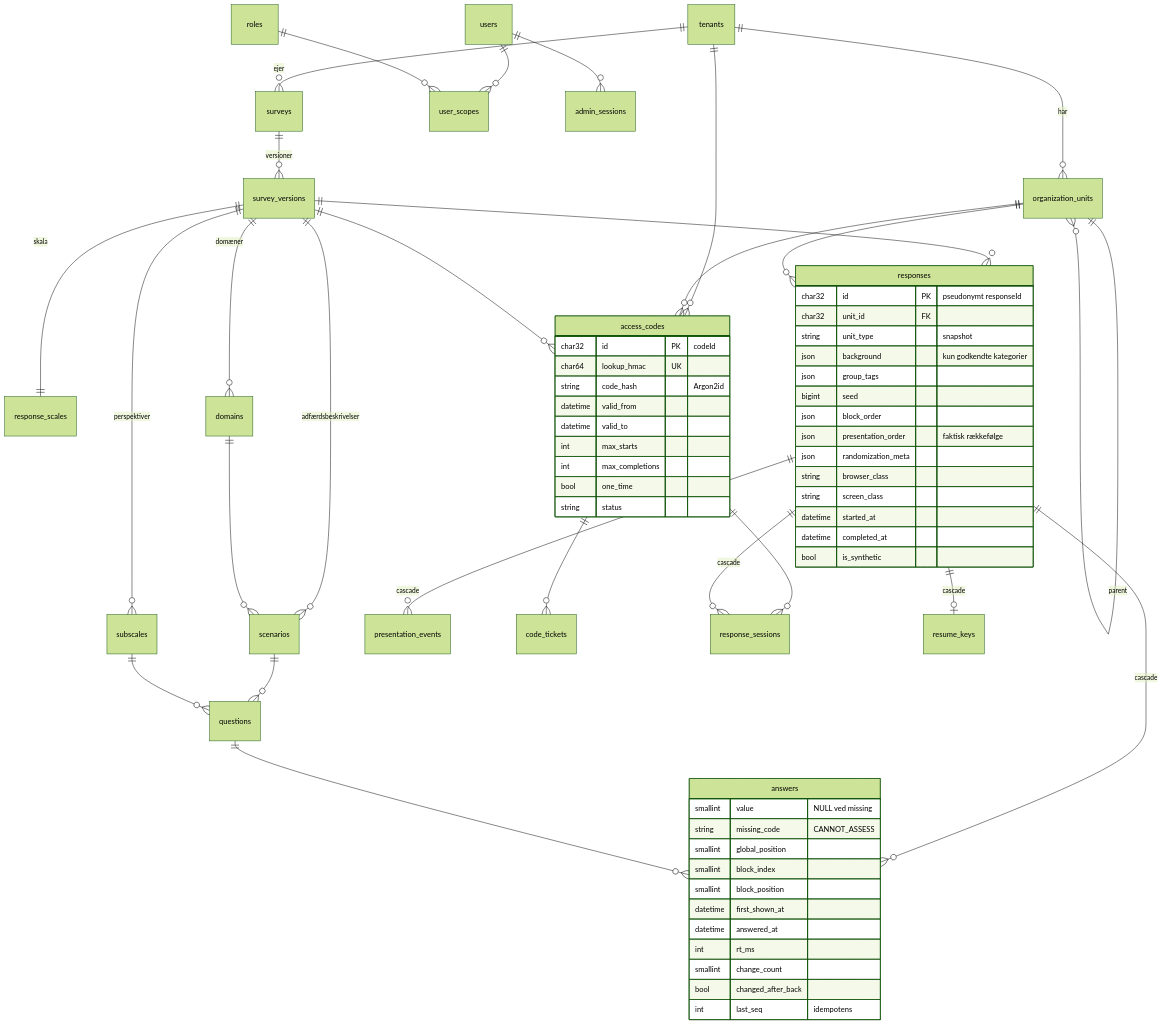
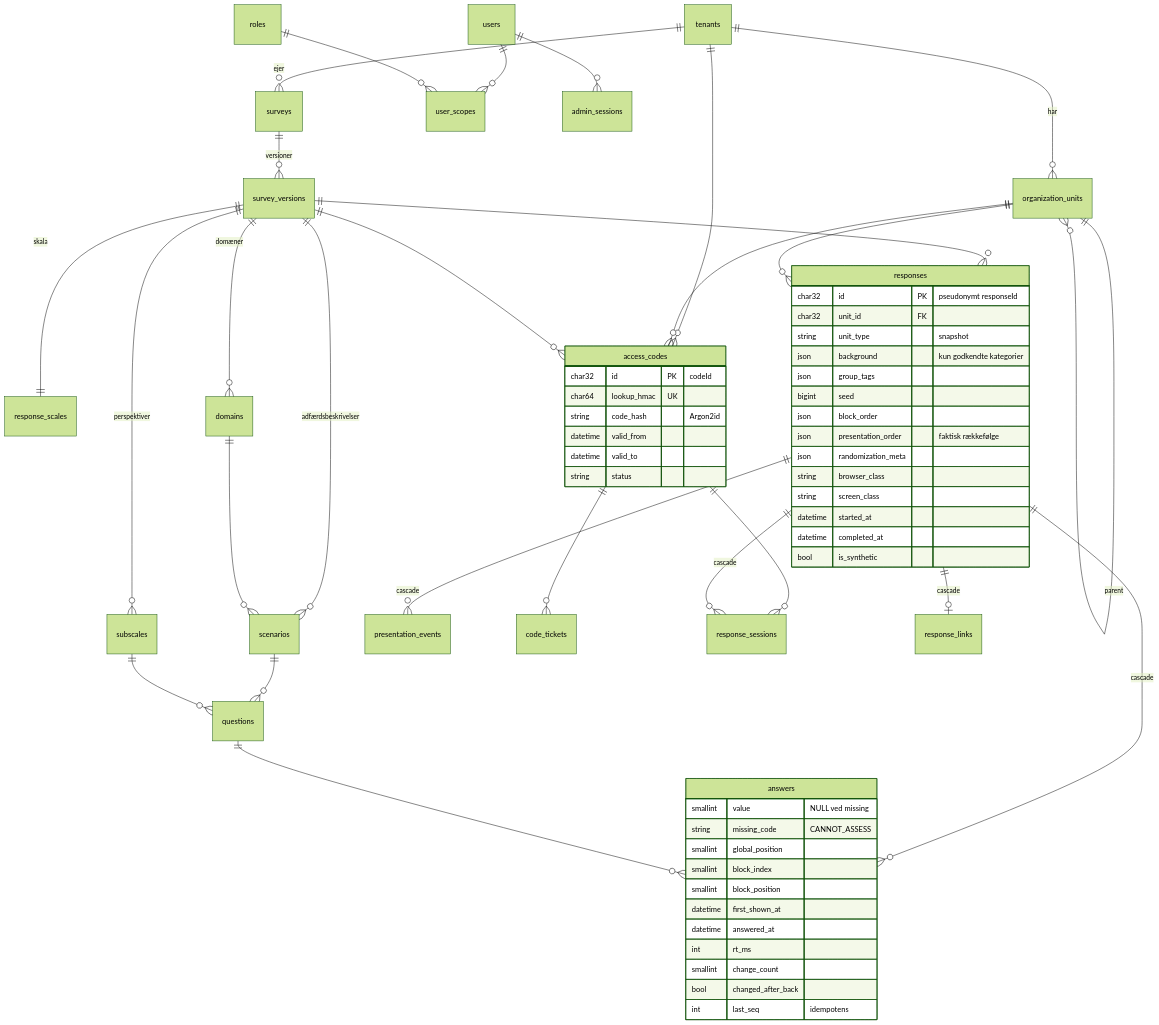
One commit to thyholm1234/survey changed the diagram in docs/data-model.md. Above: the diagram before and after it, drawn with Mermaid (forest theme). The commit also changed other lines of this file and 22 other files, not shown here.

````diff
--- a/docs/data-model.md
+++ b/docs/data-model.md
@@ -7,73 +7,70 @@
 ```mermaid
 erDiagram
   %% qa_data
   tenants ||--o{ organization_units : har
   organization_units ||--o{ organization_units : "parent"
   tenants ||--o{ surveys : ejer
   surveys ||--o{ survey_versions : versioner
   survey_versions ||--|| response_scales : skala
   survey_versions ||--o{ subscales : perspektiver
   survey_versions ||--o{ domains : domæner
   survey_versions ||--o{ scenarios : adfærdsbeskrivelser
   domains ||--o{ scenarios : ""
   scenarios ||--o{ questions : ""
   subscales ||--o{ questions : ""
   survey_versions ||--o{ responses : ""
   organization_units ||--o{ responses : ""
   responses ||--o{ answers : "cascade"
   questions ||--o{ answers : ""
   responses ||--o{ presentation_events : "cascade"
 
   %% qa_identity
   users ||--o{ user_scopes : ""
   roles ||--o{ user_scopes : ""
   users ||--o{ admin_sessions : ""
   tenants ||--o{ access_codes : ""
   organization_units ||--o{ access_codes : ""
   survey_versions ||--o{ access_codes : ""
   access_codes ||--o{ code_tickets : ""
   access_codes ||--o{ response_sessions : ""
   responses ||--o{ response_sessions : "cascade"
-  responses ||--o| resume_keys : "cascade"
+  responses ||--o| response_links : "cascade"
 
   responses {
     char32 id PK "pseudonymt responseId"
     char32 unit_id FK
     string unit_type "snapshot"
     json background "kun godkendte kategorier"
     json group_tags
     bigint seed
     json block_order
     json presentation_order "faktisk rækkefølge"
     json randomization_meta
     string browser_class
     string screen_class
     datetime started_at
     datetime completed_at
     bool is_synthetic
   }
   answers {
     smallint value "NULL ved missing"
     string missing_code "CANNOT_ASSESS"
     smallint global_position
     smallint block_index
     smallint block_position
     datetime first_shown_at
     datetime answered_at
     int rt_ms
     smallint change_count
     bool changed_after_back
     int last_seq "idempotens"
   }
   access_codes {
     char32 id PK "codeId"
     char64 lookup_hmac UK
     string code_hash "Argon2id"
     datetime valid_from
     datetime valid_to
-    int max_starts
-    int max_completions
-    bool one_time
     string status
   }
 ```
````
